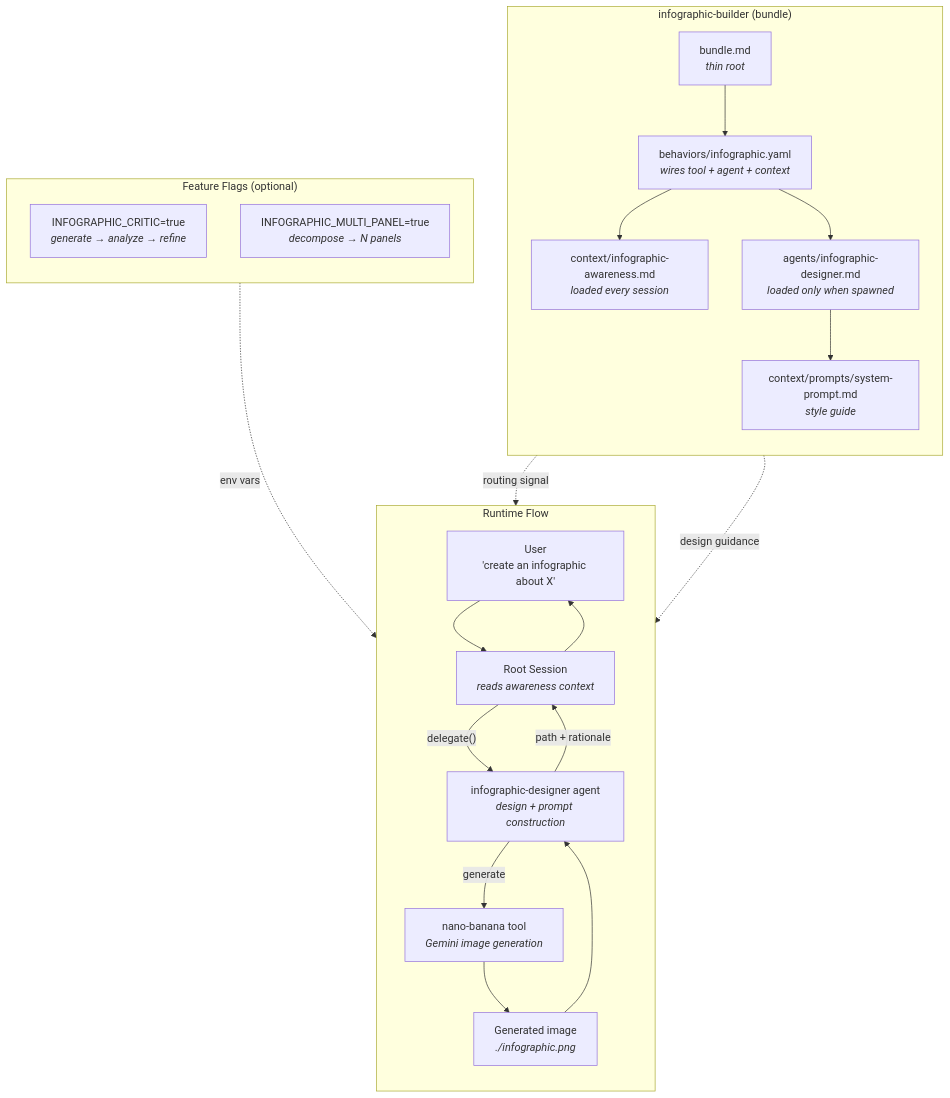
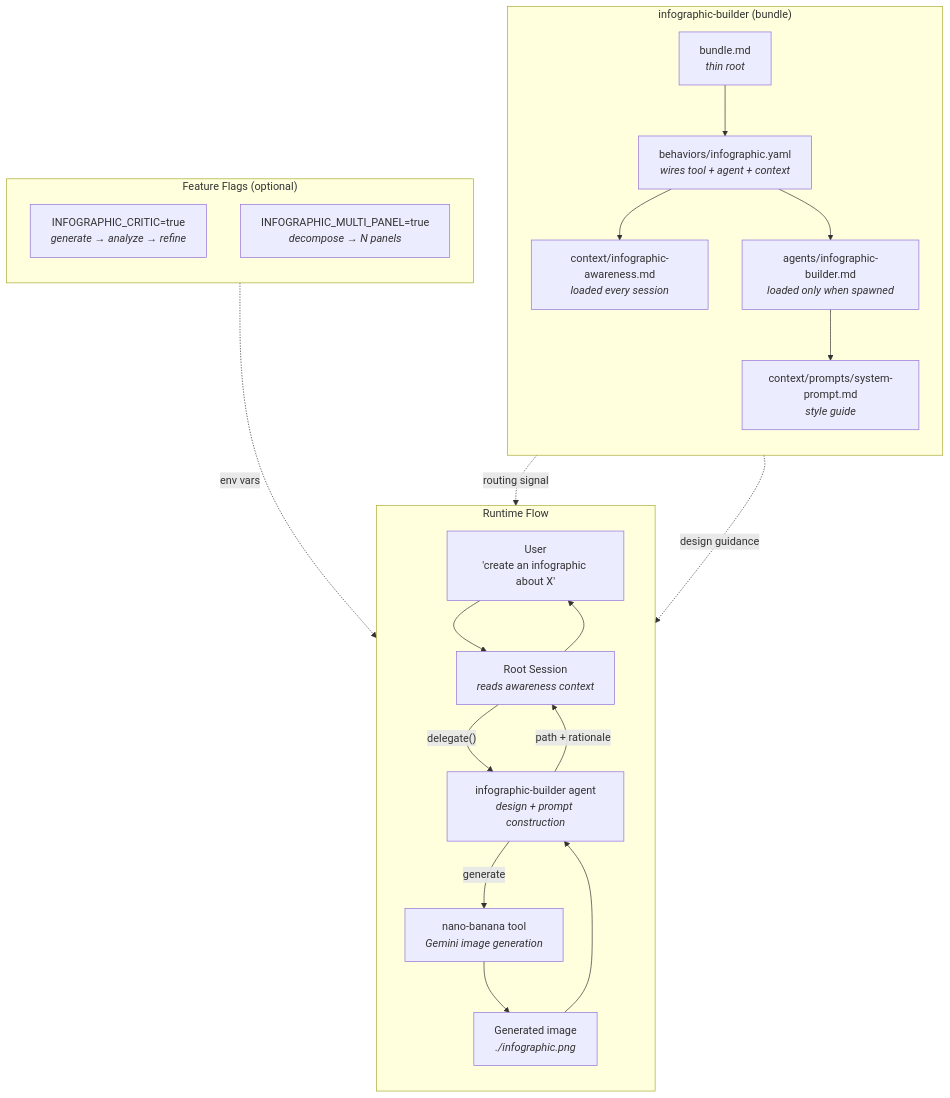
The diagram in README.md (singh2/infographic-builder), drawn with Mermaid before and after one commit. The commit also changed other lines of this file and 5 other files, not shown here.

Commit message:
rename: infographic-designer agent to infographic-builder

````diff
--- a/README.md
+++ b/README.md
@@ -30,42 +30,42 @@
 ```mermaid
 flowchart TB
     subgraph bundle ["infographic-builder (bundle)"]
         direction TB
         B["bundle.md<br/><i>thin root</i>"]
         BH["behaviors/infographic.yaml<br/><i>wires tool + agent + context</i>"]
         AW["context/infographic-awareness.md<br/><i>loaded every session</i>"]
         SP["context/prompts/system-prompt.md<br/><i>style guide</i>"]
-        AG["agents/infographic-designer.md<br/><i>loaded only when spawned</i>"]
+        AG["agents/infographic-builder.md<br/><i>loaded only when spawned</i>"]
         B --> BH
         BH --> AW
         BH --> AG
         AG --> SP
     end
 
     subgraph runtime ["Runtime Flow"]
         direction TB
         U["User<br/>'create an infographic about X'"]
         RS["Root Session<br/><i>reads awareness context</i>"]
-        DE["infographic-designer agent<br/><i>design + prompt construction</i>"]
+        DE["infographic-builder agent<br/><i>design + prompt construction</i>"]
         NB["nano-banana tool<br/><i>Gemini image generation</i>"]
         IMG["Generated image<br/><i>./infographic.png</i>"]
 
         U --> RS
         RS -->|"delegate()"| DE
         DE -->|"generate"| NB
         NB --> IMG
         IMG --> DE
         DE -->|"path + rationale"| RS
         RS --> U
     end
 
     subgraph flags ["Feature Flags (optional)"]
         direction TB
         CR["INFOGRAPHIC_CRITIC=true<br/><i>generate → analyze → refine</i>"]
         MP["INFOGRAPHIC_MULTI_PANEL=true<br/><i>decompose → N panels</i>"]
     end
 
     AW -.->|"routing signal"| RS
     SP -.->|"design guidance"| DE
     flags -.->|"env vars"| RS
 ```
````
